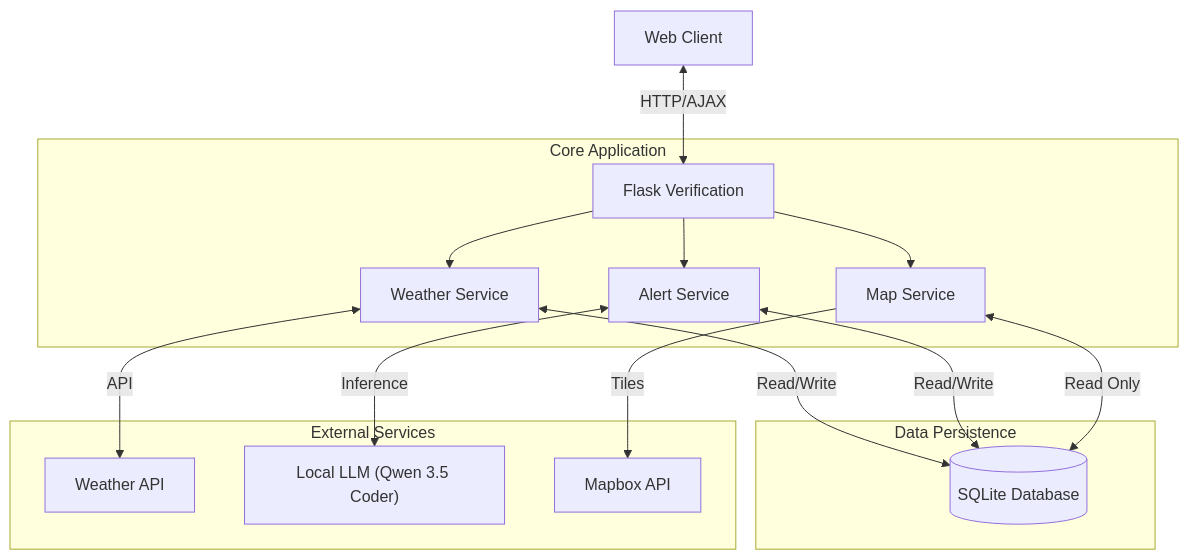
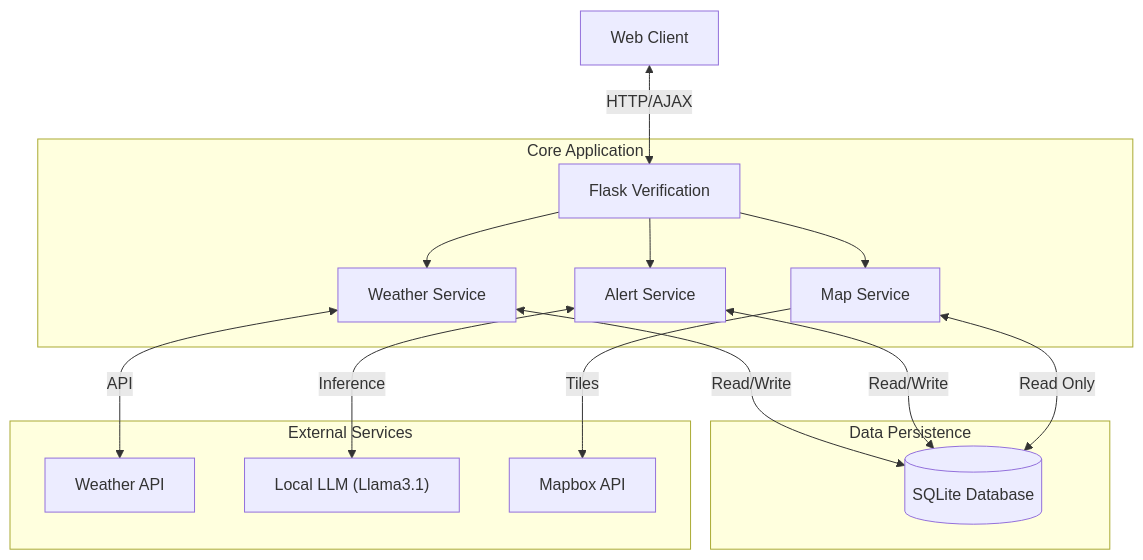
Before and after one commit to imtiazNDMA/EarlyWarningSystem: the diagram in README.md, drawn with Mermaid. The commit also changed other lines of this file and 36 other files, not shown here.

````diff
--- a/README.md
+++ b/README.md
@@ -29,22 +29,22 @@
 ```mermaid
 graph TD
     Client[Web Client] <-->|HTTP/AJAX| App[Flask Verification]
     
     subgraph "Core Application"
         App --> WeatherSvc[Weather Service]
         App --> AlertSvc[Alert Service]
         App --> MapSvc[Map Service]
     end
     
     subgraph "Data Persistence"
         WeatherSvc <-->|Read/Write| DB[("SQLite Database")]
         AlertSvc <-->|Read/Write| DB
         MapSvc <-->|Read Only| DB
     end
     
     subgraph "External Services"
         WeatherSvc <-->|API| OpenMeteo["Weather API"]
-        AlertSvc <-->|Inference| Ollama["Local LLM (Qwen 3.5 Coder)"]
+        AlertSvc <-->|Inference| Ollama["Local LLM (Llama3.1)"]
         MapSvc -->|Tiles| Mapbox["Mapbox API"]
     end
 ```
````
